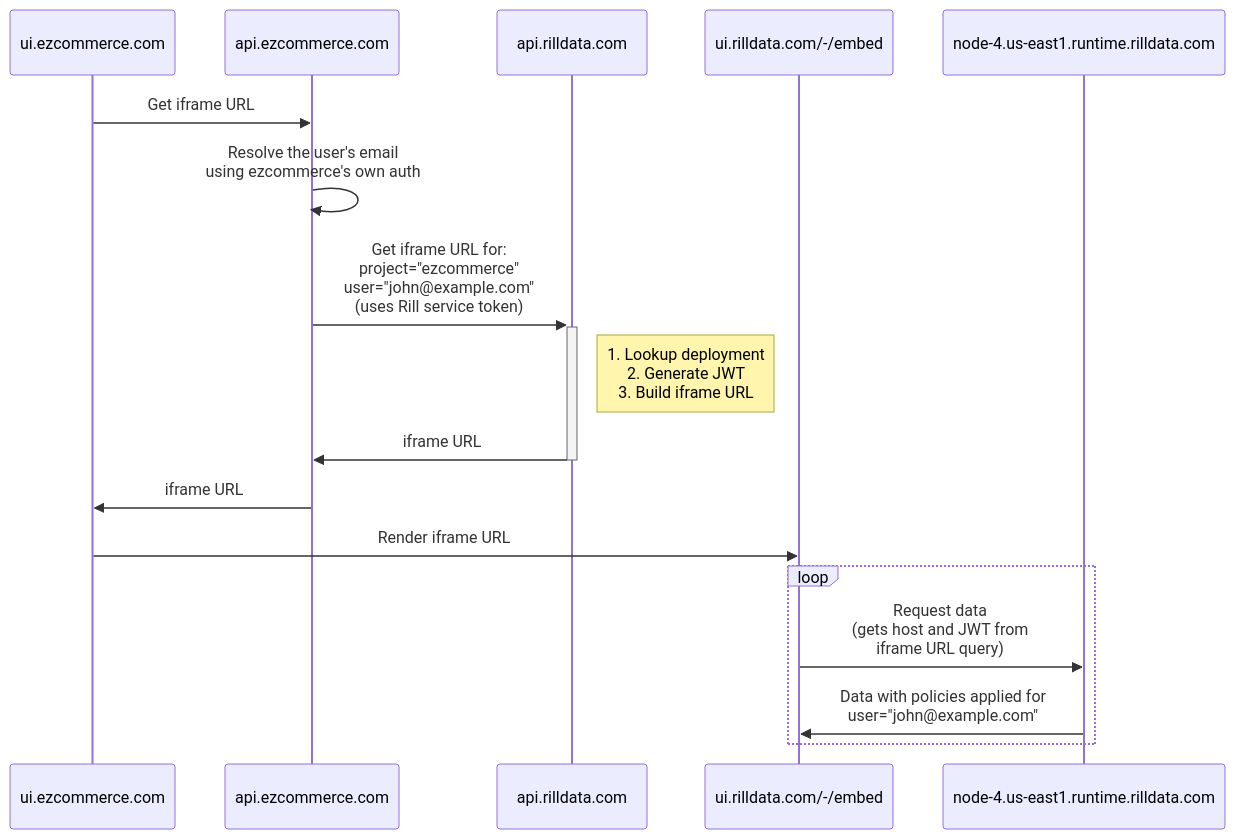
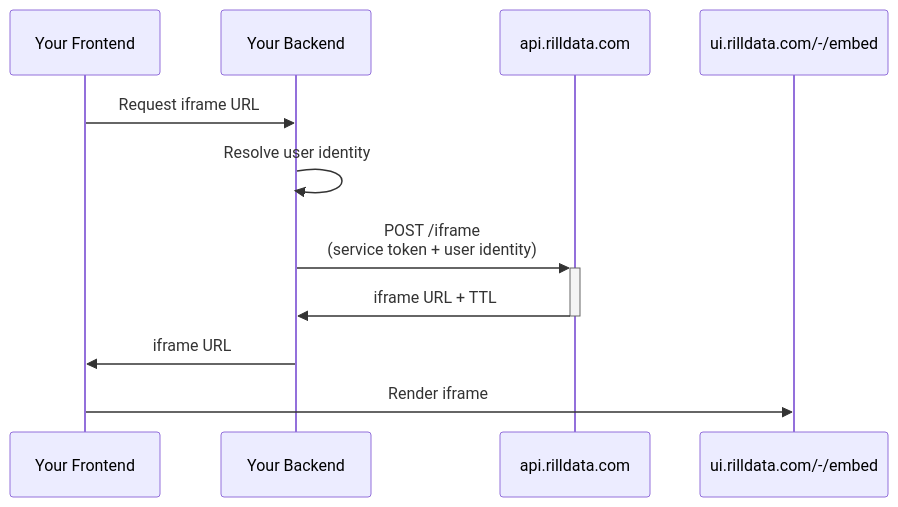
The diagram in docs/docs/developers/embed/embedding.md (rilldata/rill), drawn with Mermaid before and after one commit. The commit also changed other lines of this file and 7 other files, not shown here.

````diff
--- a/docs/docs/developers/embed/embedding.md
+++ b/docs/docs/developers/embed/embedding.md
@@ -23,19 +24,13 @@
 ```mermaid
 sequenceDiagram
-  participant A as ui.ezcommerce.com
-  participant B as api.ezcommerce.com
+  participant A as Your Frontend
+  participant B as Your Backend
   participant C as api.rilldata.com
   participant D as ui.rilldata.com/-/embed
-  participant E as node-4.us-east1.runtime.rilldata.com
-  A ->> B: Get iframe URL
-  B ->> B: Resolve the user's email <br />using ezcommerce's own auth
-  B ->>+ C: Get iframe URL for:<br />project="ezcommerce"<br />user="john@example.com"<br/>(uses Rill service token)
-  Note right of C: 1. Lookup deployment<br/>2. Generate JWT<br />3. Build iframe URL
-  C ->>- B: iframe URL
+  A ->> B: Request iframe URL
+  B ->> B: Resolve user identity
+  B ->>+ C: POST /iframe<br/>(service token + user identity)
+  C ->>- B: iframe URL + TTL
   B ->> A: iframe URL
-  A ->> D: Render iframe URL
-  loop 
-    D ->> E: Request data <br />(gets host and JWT from<br /> iframe URL query)
-    E ->> D: Data with policies applied for<br />user="john@example.com"
-  end
+  A ->> D: Render iframe
 ```
````
